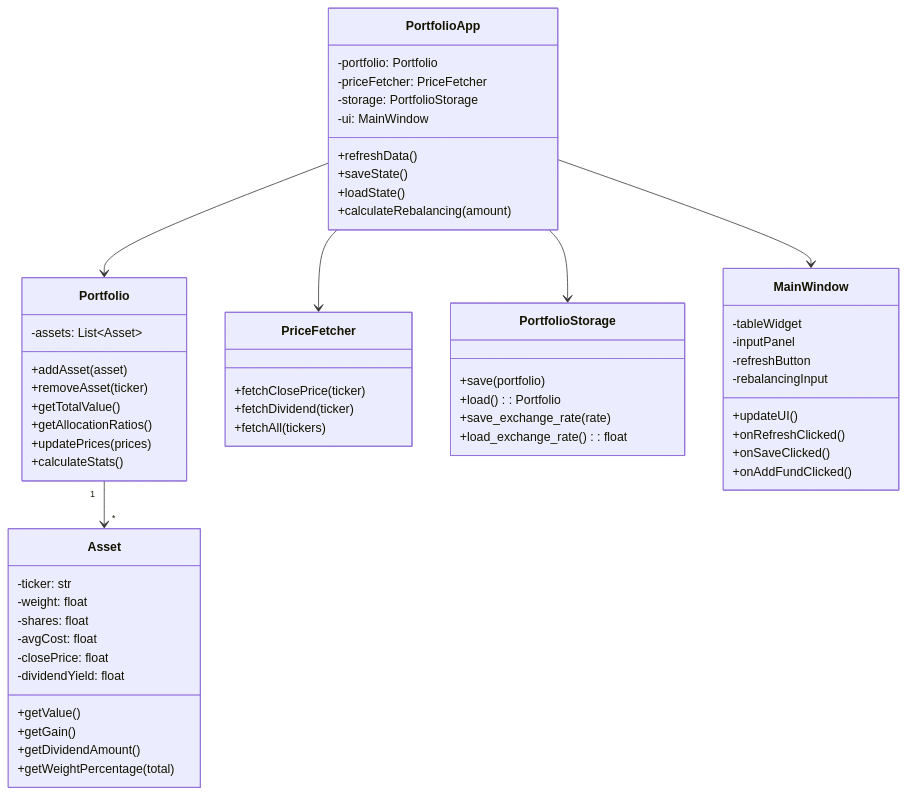
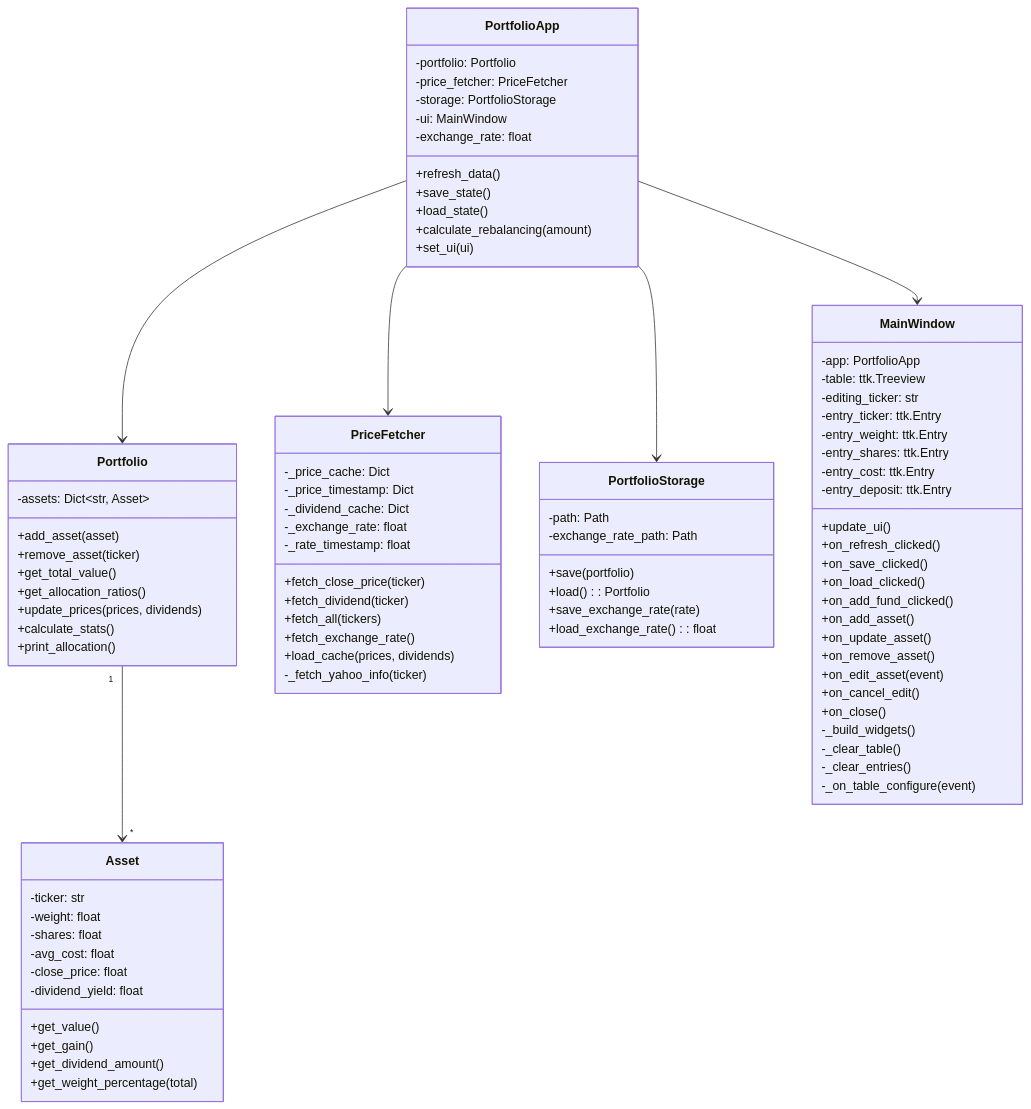
The diagram in doc/architecture/diagrams/class_diagram.md (StreoCalibration/DivFlow_1), drawn with Mermaid before and after one commit. The commit also changed other lines of this file and 7 other files, not shown here.

```diff
--- a/doc/architecture/diagrams/class_diagram.md
+++ b/doc/architecture/diagrams/class_diagram.md
@@ -3,55 +2,83 @@
 classDiagram
     class PortfolioApp {
         -portfolio: Portfolio
-        -priceFetcher: PriceFetcher
+        -price_fetcher: PriceFetcher
         -storage: PortfolioStorage
         -ui: MainWindow
-        +refreshData()
-        +saveState()
-        +loadState()
-        +calculateRebalancing(amount)
+        -exchange_rate: float
+        +refresh_data()
+        +save_state()
+        +load_state()
+        +calculate_rebalancing(amount)
+        +set_ui(ui)
     }
     class Portfolio {
-        -assets: List~Asset~
-        +addAsset(asset)
-        +removeAsset(ticker)
-        +getTotalValue()
-        +getAllocationRatios()
-        +updatePrices(prices)
-        +calculateStats()
+        -assets: Dict~str, Asset~
+        +add_asset(asset)
+        +remove_asset(ticker)
+        +get_total_value()
+        +get_allocation_ratios()
+        +update_prices(prices, dividends)
+        +calculate_stats()
+        +print_allocation()
     }
     class Asset {
         -ticker: str
         -weight: float
         -shares: float
-        -avgCost: float
-        -closePrice: float
-        -dividendYield: float
-        +getValue()
-        +getGain()
-        +getDividendAmount()
-        +getWeightPercentage(total)
+        -avg_cost: float
+        -close_price: float
+        -dividend_yield: float
+        +get_value()
+        +get_gain()
+        +get_dividend_amount()
+        +get_weight_percentage(total)
     }
     class PriceFetcher {
-        +fetchClosePrice(ticker)
-        +fetchDividend(ticker)
-        +fetchAll(tickers)
+        -_price_cache: Dict
+        -_price_timestamp: Dict
+        -_dividend_cache: Dict
+        -_exchange_rate: float
+        -_rate_timestamp: float
+        +fetch_close_price(ticker)
+        +fetch_dividend(ticker)
+        +fetch_all(tickers)
+        +fetch_exchange_rate()
+        +load_cache(prices, dividends)
+        -_fetch_yahoo_info(ticker)
     }
     class PortfolioStorage {
+        -path: Path
+        -exchange_rate_path: Path
         +save(portfolio)
         +load(): Portfolio
         +save_exchange_rate(rate)
         +load_exchange_rate(): float
     }
     class MainWindow {
-        -tableWidget
-        -inputPanel
-        -refreshButton
-        -rebalancingInput
-        +updateUI()
-        +onRefreshClicked()
-        +onSaveClicked()
-        +onAddFundClicked()
+        -app: PortfolioApp
+        -table: ttk.Treeview
+        -editing_ticker: str
+        -entry_ticker: ttk.Entry
+        -entry_weight: ttk.Entry
+        -entry_shares: ttk.Entry
+        -entry_cost: ttk.Entry
+        -entry_deposit: ttk.Entry
+        +update_ui()
+        +on_refresh_clicked()
+        +on_save_clicked()
+        +on_load_clicked()
+        +on_add_fund_clicked()
+        +on_add_asset()
+        +on_update_asset()
+        +on_remove_asset()
+        +on_edit_asset(event)
+        +on_cancel_edit()
+        +on_close()
+        -_build_widgets()
+        -_clear_table()
+        -_clear_entries()
+        -_on_table_configure(event)
     }
     PortfolioApp --> Portfolio
     PortfolioApp --> PriceFetcher
```
